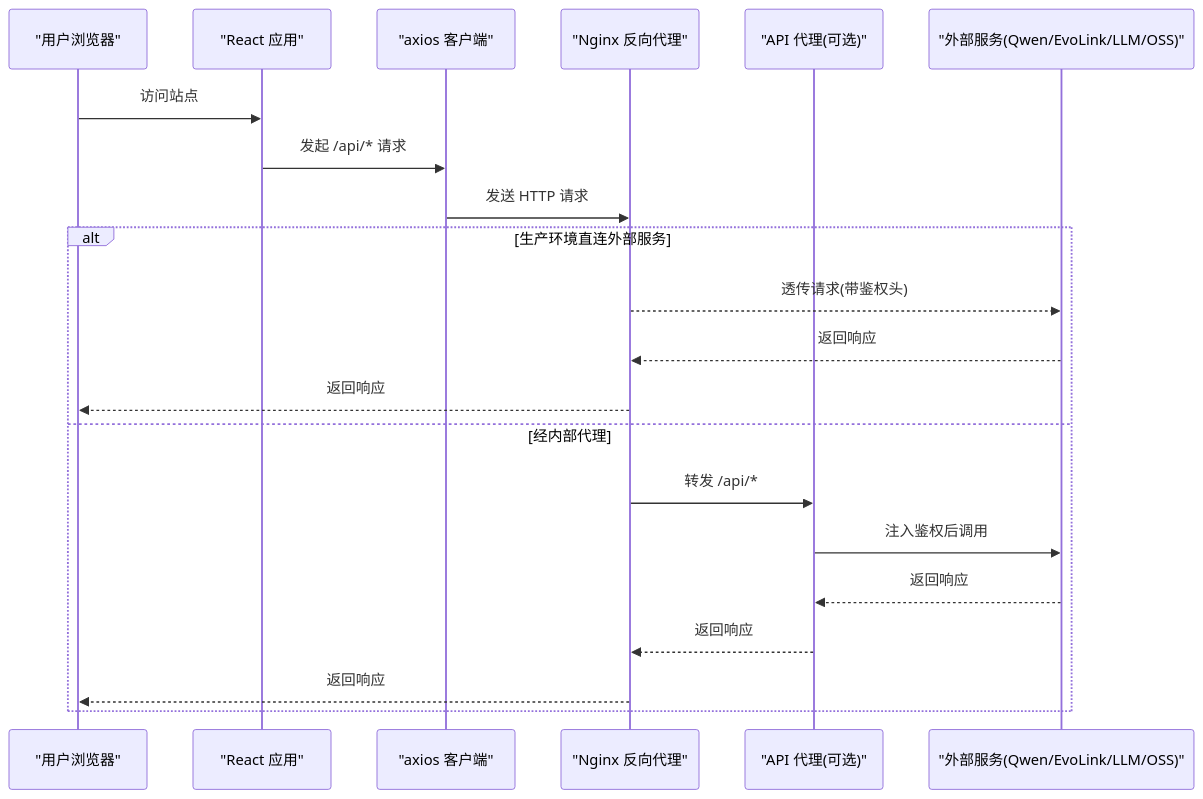
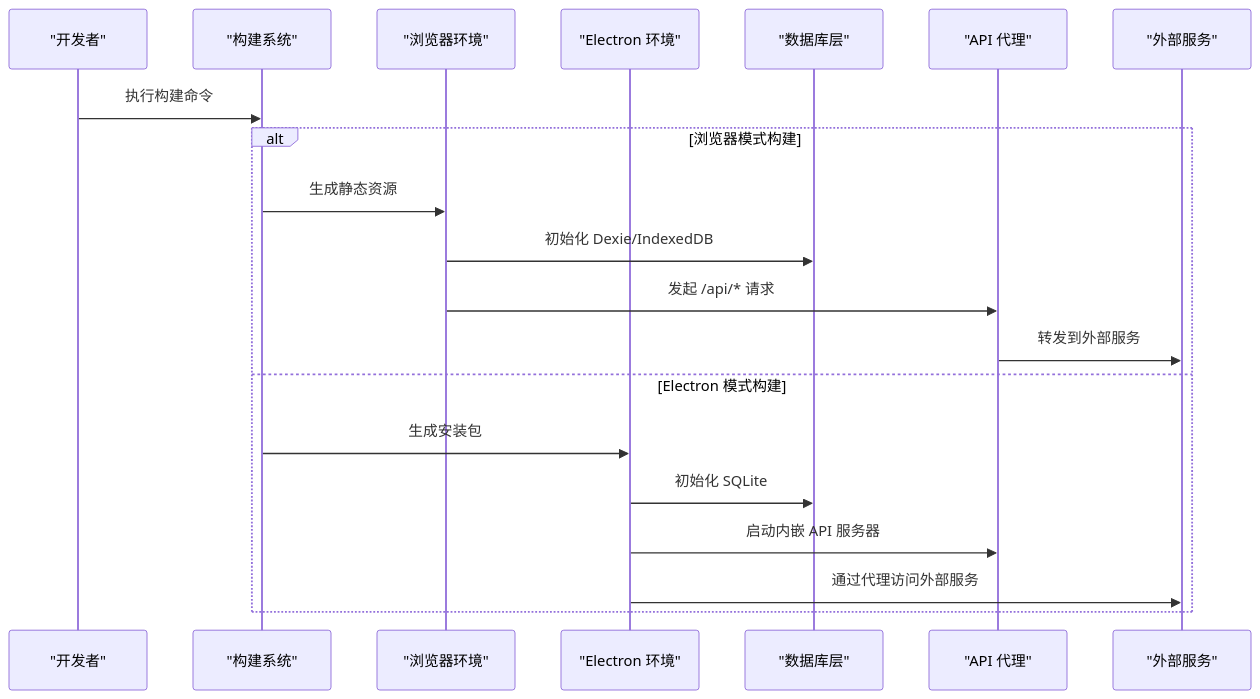
One commit to AlbusWei/AI-Image-Studio changed the second of 4 diagrams in .qoder/repowiki/zh/content/部署指南.md. Above: the diagram before and after it, drawn with Mermaid. The commit also changed other lines of this file and 37 other files, not shown here.

First line of the commit message:
feat: 统一数据源 - 浏览器和 Electron 共享同一 SQLite 数据库

````diff
--- a/.qoder/repowiki/zh/content/部署指南.md
+++ b/.qoder/repowiki/zh/content/部署指南.md
@@ -89,23 +109,22 @@
 ```mermaid
 sequenceDiagram
-participant U as "用户浏览器"
-participant R as "React 应用"
-participant C as "axios 客户端"
-participant N as "Nginx 反向代理"
-participant P as "API 代理(可选)"
-participant S as "外部服务(Qwen/EvoLink/LLM/OSS)"
-U->>R : 访问站点
-R->>C : 发起 /api/* 请求
-C->>N : 发送 HTTP 请求
-alt 生产环境直连外部服务
-N-->>S : 透传请求(带鉴权头)
-S-->>N : 返回响应
-N-->>U : 返回响应
-else 经内部代理
-N->>P : 转发 /api/*
-P->>S : 注入鉴权后调用
-S-->>P : 返回响应
-P-->>N : 返回响应
-N-->>U : 返回响应
+participant Dev as "开发者"
+participant Build as "构建系统"
+participant Browser as "浏览器环境"
+participant Electron as "Electron 环境"
+participant DB as "数据库层"
+participant API as "API 代理"
+participant External as "外部服务"
+Dev->>Build : 执行构建命令
+alt 浏览器模式构建
+Build->>Browser : 生成静态资源
+Browser->>DB : 初始化 Dexie/IndexedDB
+Browser->>API : 发起 /api/* 请求
+API->>External : 转发到外部服务
+else Electron 模式构建
+Build->>Electron : 生成安装包
+Electron->>DB : 初始化 SQLite
+Electron->>API : 启动内嵌 API 服务器
+Electron->>External : 通过代理访问外部服务
 end
 ```
````
